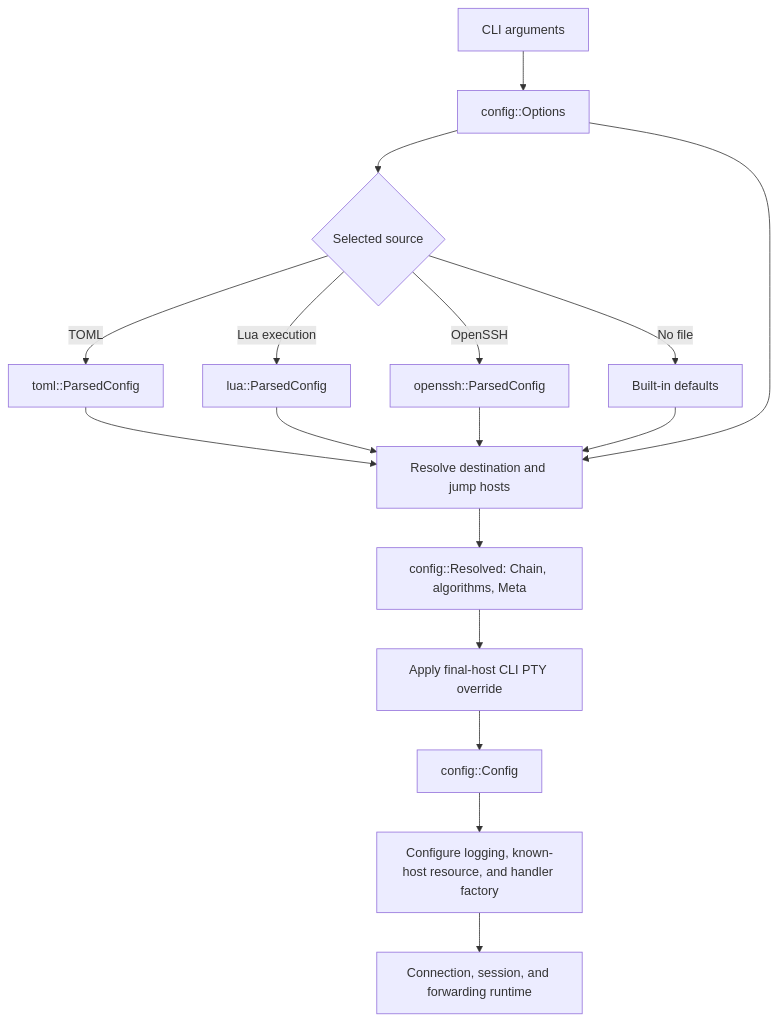
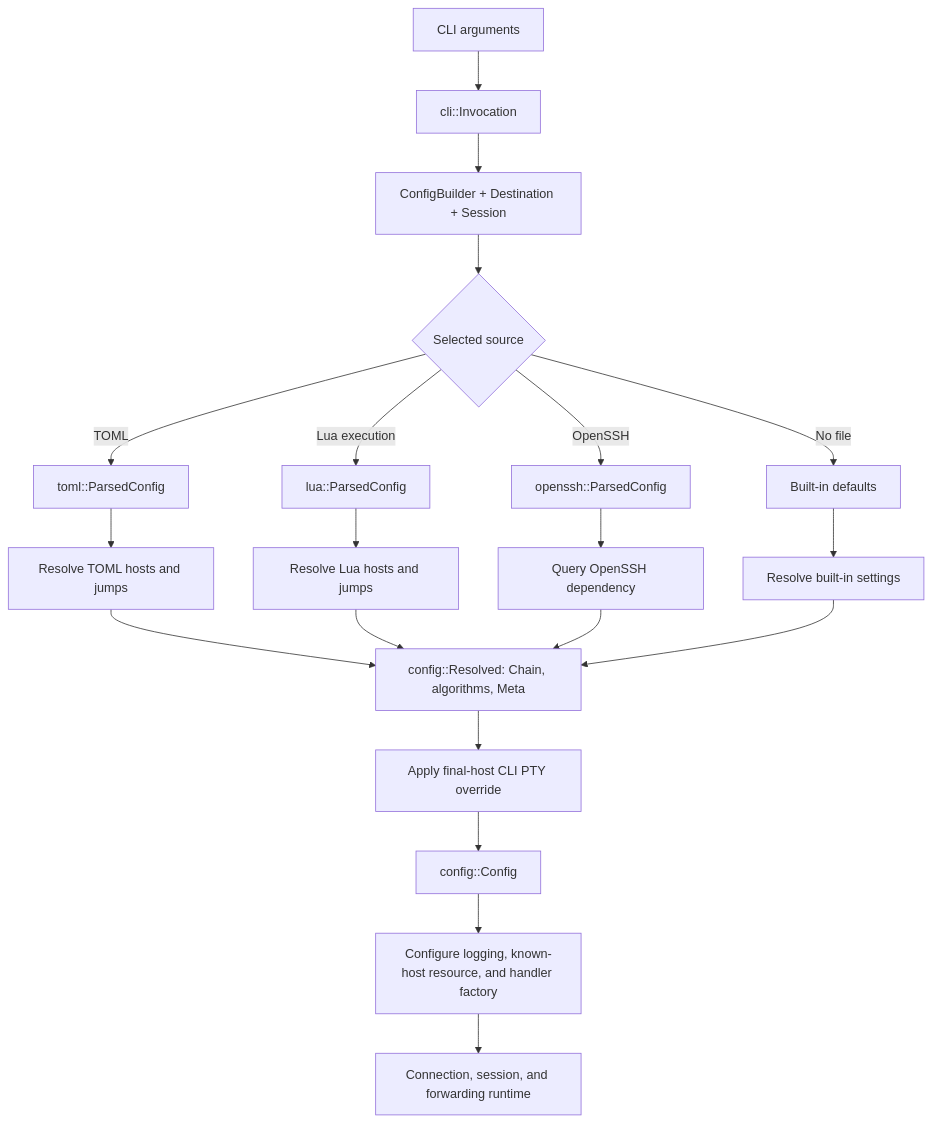
Before and after one commit to naughie/openrussh-cli: the diagram in docs/architecture.md, drawn with Mermaid. The commit also changed other lines of this file and 39 other files, not shown here.

Commit message:
Separate openrussh-cli-{config,terminal}

````diff
--- a/docs/architecture.md
+++ b/docs/architecture.md
@@ -52,19 +69,22 @@
 ```mermaid
 flowchart TD
-    A[CLI arguments] --> B[config::Options]
+    A[CLI arguments] --> P[cli::Invocation]
+    P --> B[ConfigBuilder + Destination + Session]
     B --> C{Selected source}
     C -->|TOML| D[toml::ParsedConfig]
     C -->|Lua execution| E[lua::ParsedConfig]
     C -->|OpenSSH| F[openssh::ParsedConfig]
     C -->|No file| G[Built-in defaults]
-    D --> H[Resolve destination and jump hosts]
-    E --> H
-    F --> H
-    G --> H
-    B --> H
-    H --> I[config::Resolved: Chain, algorithms, Meta]
+    D --> HT[Resolve TOML hosts and jumps]
+    E --> HL[Resolve Lua hosts and jumps]
+    F --> HO[Query OpenSSH dependency]
+    G --> HB[Resolve built-in settings]
+    HT --> I[config::Resolved: Chain, algorithms, Meta]
+    HL --> I
+    HO --> I
+    HB --> I
     I --> J[Apply final-host CLI PTY override]
     J --> K[config::Config]
     K --> L[Configure logging, known-host resource, and handler factory]
     L --> M[Connection, session, and forwarding runtime]
 ```
````
